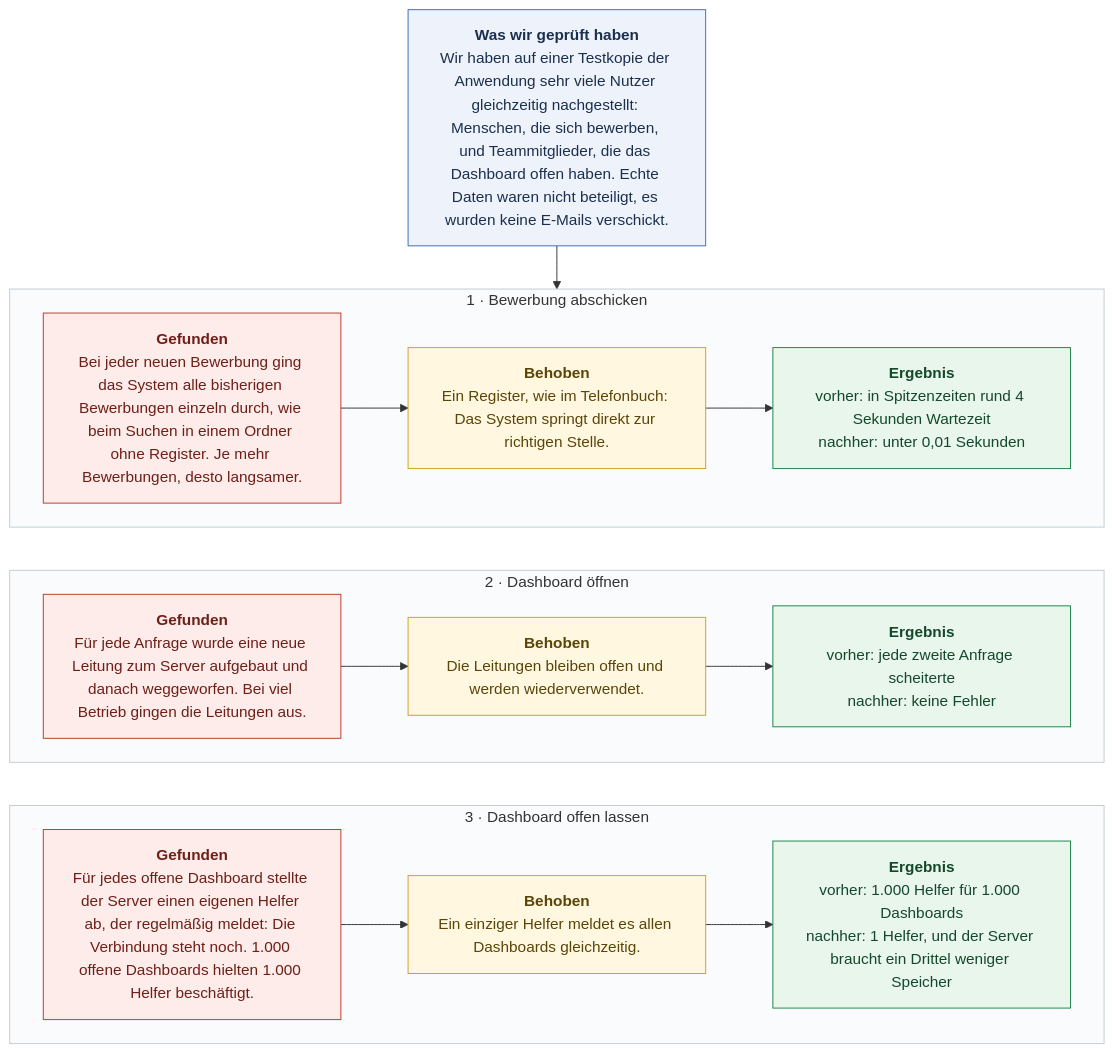
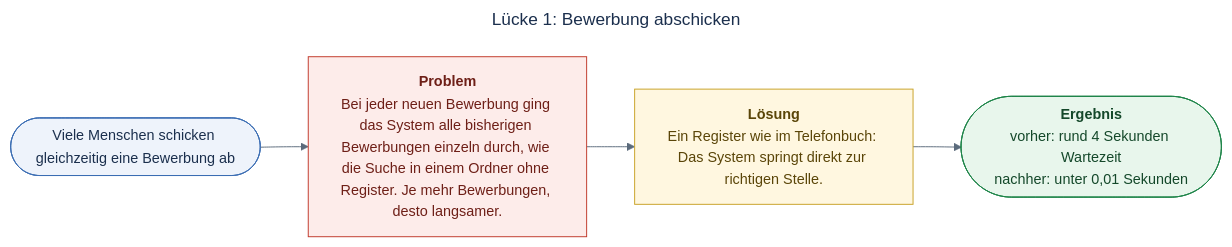
One commit to kamalshekho/design-thinking-workshop changed the second of 4 diagrams in load-test/RESULTS.md. Above: the diagram before and after it, drawn with Mermaid. The commit also changed other lines of this file, not shown here.

Commit message:
docs(load-test): split the overview into a test loop and one diagram per gap

````diff
--- a/load-test/RESULTS.md
+++ b/load-test/RESULTS.md
@@ -15,45 +61,33 @@
 ```mermaid
-%%{init: {"flowchart": {"wrappingWidth": 250, "nodeSpacing": 30, "rankSpacing": 45}}}%%
-flowchart TB
-    start["<b>Was wir geprüft haben</b><br/>Wir haben auf einer Testkopie der Anwendung sehr viele Nutzer gleichzeitig nachgestellt: Menschen, die sich bewerben, und Teammitglieder, die das Dashboard offen haben. Echte Daten waren nicht beteiligt, es wurden keine E-Mails verschickt."]
+---
+title: "Lücke 1: Bewerbung abschicken"
+config:
+  theme: base
+  themeVariables:
+    fontSize: "15px"
+    primaryColor: "#eef3fb"
+    primaryBorderColor: "#3b6db3"
+    primaryTextColor: "#1b2f4d"
+    lineColor: "#5b6b7c"
+    edgeLabelBackground: "#ffffff"
+  flowchart:
+    wrappingWidth: 230
+    curve: basis
+---
+flowchart LR
+    %% Situation, problem, fix, result: read from left to right.
+    s([Viele Menschen schicken gleichzeitig eine Bewerbung ab])
+    p["<b>Problem</b><br/>Bei jeder neuen Bewerbung ging das System alle bisherigen Bewerbungen einzeln durch, wie die Suche in einem Ordner ohne Register. Je mehr Bewerbungen, desto langsamer."]
+    l["<b>Lösung</b><br/>Ein Register wie im Telefonbuch: Das System springt direkt zur richtigen Stelle."]
+    r(["<b>Ergebnis</b><br/>vorher: rund 4 Sekunden Wartezeit<br/>nachher: unter 0,01 Sekunden"])
+    s --> p --> l --> r
 
-    subgraph r1["1 · Bewerbung abschicken"]
-        direction LR
-        p1["<b>Gefunden</b><br/>Bei jeder neuen Bewerbung ging das System alle bisherigen Bewerbungen einzeln durch, wie beim Suchen in einem Ordner ohne Register. Je mehr Bewerbungen, desto langsamer."]
-        f1["<b>Behoben</b><br/>Ein Register, wie im Telefonbuch: Das System springt direkt zur richtigen Stelle."]
-        e1["<b>Ergebnis</b><br/>vorher: in Spitzenzeiten rund 4 Sekunden Wartezeit<br/>nachher: unter 0,01 Sekunden"]
-        p1 --> f1 --> e1
-    end
-
-    subgraph r2["2 · Dashboard öffnen"]
-        direction LR
-        p2["<b>Gefunden</b><br/>Für jede Anfrage wurde eine neue Leitung zum Server aufgebaut und danach weggeworfen. Bei viel Betrieb gingen die Leitungen aus."]
-        f2["<b>Behoben</b><br/>Die Leitungen bleiben offen und werden wiederverwendet."]
-        e2["<b>Ergebnis</b><br/>vorher: jede zweite Anfrage scheiterte<br/>nachher: keine Fehler"]
-        p2 --> f2 --> e2
-    end
-
-    subgraph r3["3 · Dashboard offen lassen"]
-        direction LR
-        p3["<b>Gefunden</b><br/>Für jedes offene Dashboard stellte der Server einen eigenen Helfer ab, der regelmäßig meldet: Die Verbindung steht noch. 1.000 offene Dashboards hielten 1.000 Helfer beschäftigt."]
-        f3["<b>Behoben</b><br/>Ein einziger Helfer meldet es allen Dashboards gleichzeitig."]
-        e3["<b>Ergebnis</b><br/>vorher: 1.000 Helfer für 1.000 Dashboards<br/>nachher: 1 Helfer, und der Server braucht ein Drittel weniger Speicher"]
-        p3 --> f3 --> e3
-    end
-
-    start --> r1
-    r1 ~~~ r2
-    r2 ~~~ r3
-
-    classDef intro fill:#eef3fb,stroke:#3b6db3,color:#1b2f4d
-    classDef found fill:#fdecea,stroke:#c0392b,color:#6e1f17
-    classDef fixed fill:#fff7e0,stroke:#c9a227,color:#5a4508
-    classDef result fill:#e8f6ec,stroke:#1e8449,color:#14482a
-    class start intro
-    class p1,p2,p3 found
-    class f1,f2,f3 fixed
-    class e1,e2,e3 result
-    style r1 fill:#fafbfc,stroke:#c3cbd3
-    style r2 fill:#fafbfc,stroke:#c3cbd3
-    style r3 fill:#fafbfc,stroke:#c3cbd3
+    classDef situation fill:#eef3fb,stroke:#3b6db3,color:#1b2f4d
+    classDef bad fill:#fdecea,stroke:#c0392b,color:#6e1f17
+    classDef work fill:#fff7e0,stroke:#c9a227,color:#5a4508
+    classDef ok fill:#e8f6ec,stroke:#1e8449,color:#14482a
+    class s situation
+    class p bad
+    class l work
+    class r ok
 ```
````
